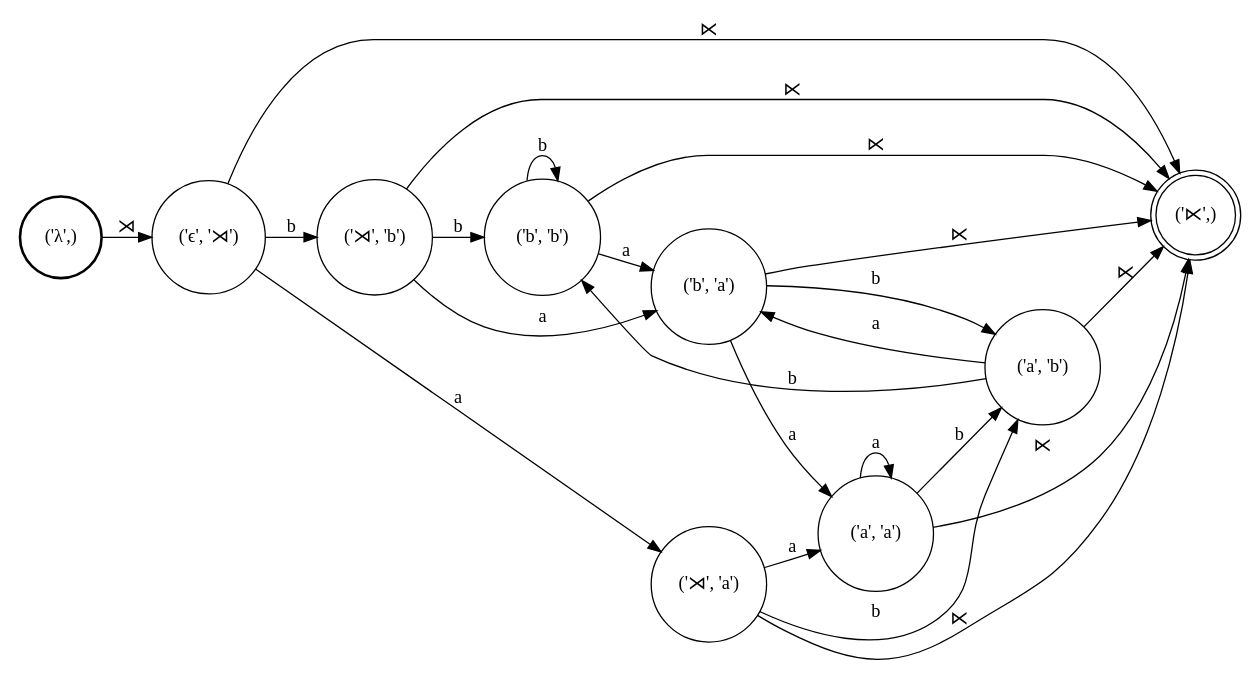
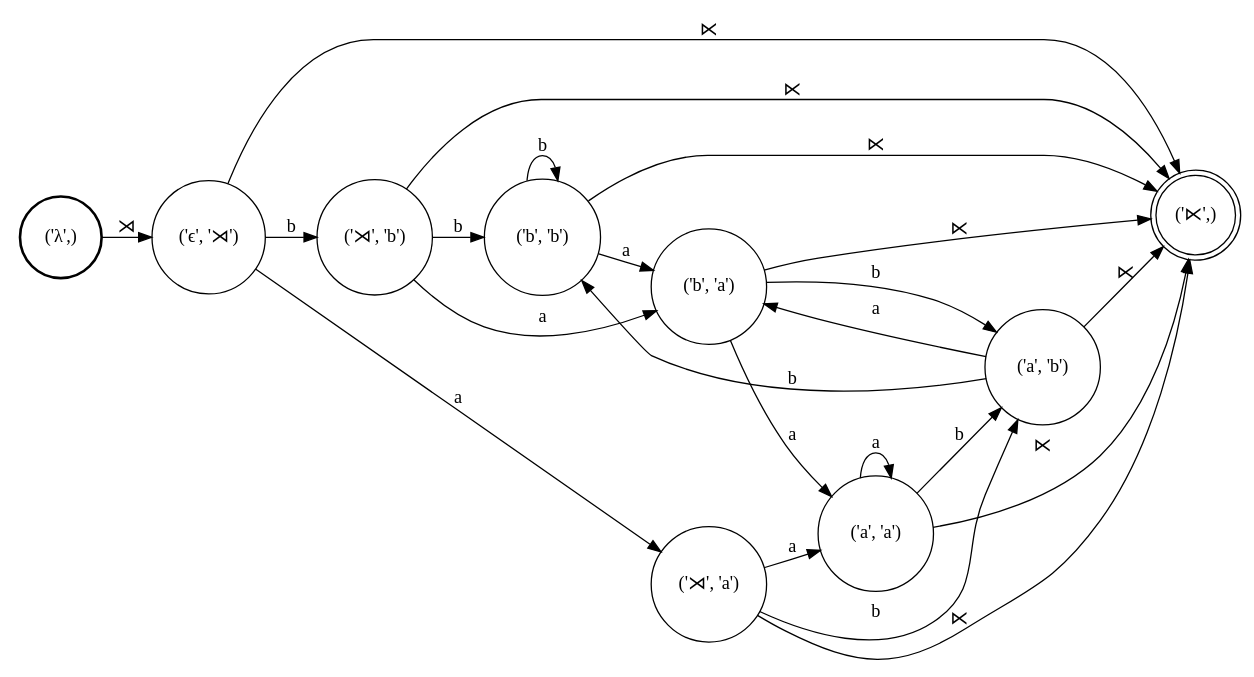
The diagram in demo/L.dot (colincwilson/wynini), drawn with Graphviz before and after one commit. The commit also changed 7 other files, not shown here.

```diff
--- a/demo/L.dot
+++ b/demo/L.dot
@@ -1,39 +1,39 @@
 digraph FST {
 rankdir = LR;
 size = "8.5,11";
 center = 1;
 orientation = Portrait;
 ranksep = "0.4";
 nodesep = "0.25";
 0 [label = "('λ',)", shape = circle, style = bold, fontsize = 14]
 	0 -> 1 [label = "⋊", fontsize = 14];
 1 [label = "('ϵ', '⋊')", shape = circle, style = solid, fontsize = 14]
 	1 -> 2 [label = "b", fontsize = 14];
 	1 -> 3 [label = "a", fontsize = 14];
 	1 -> 8 [label = "⋉", fontsize = 14];
 2 [label = "('⋊', 'b')", shape = circle, style = solid, fontsize = 14]
-	2 -> 4 [label = "b", fontsize = 14];
-	2 -> 5 [label = "a", fontsize = 14];
+	2 -> 6 [label = "b", fontsize = 14];
+	2 -> 7 [label = "a", fontsize = 14];
 	2 -> 8 [label = "⋉", fontsize = 14];
 3 [label = "('⋊', 'a')", shape = circle, style = solid, fontsize = 14]
-	3 -> 6 [label = "b", fontsize = 14];
-	3 -> 7 [label = "a", fontsize = 14];
+	3 -> 4 [label = "b", fontsize = 14];
+	3 -> 5 [label = "a", fontsize = 14];
 	3 -> 8 [label = "⋉", fontsize = 14];
-4 [label = "('b', 'b')", shape = circle, style = solid, fontsize = 14]
-	4 -> 4 [label = "b", fontsize = 14];
-	4 -> 5 [label = "a", fontsize = 14];
+4 [label = "('a', 'b')", shape = circle, style = solid, fontsize = 14]
+	4 -> 6 [label = "b", fontsize = 14];
+	4 -> 7 [label = "a", fontsize = 14];
 	4 -> 8 [label = "⋉", fontsize = 14];
-5 [label = "('b', 'a')", shape = circle, style = solid, fontsize = 14]
-	5 -> 6 [label = "b", fontsize = 14];
-	5 -> 7 [label = "a", fontsize = 14];
+5 [label = "('a', 'a')", shape = circle, style = solid, fontsize = 14]
+	5 -> 4 [label = "b", fontsize = 14];
+	5 -> 5 [label = "a", fontsize = 14];
 	5 -> 8 [label = "⋉", fontsize = 14];
-6 [label = "('a', 'b')", shape = circle, style = solid, fontsize = 14]
-	6 -> 4 [label = "b", fontsize = 14];
-	6 -> 5 [label = "a", fontsize = 14];
+6 [label = "('b', 'b')", shape = circle, style = solid, fontsize = 14]
+	6 -> 6 [label = "b", fontsize = 14];
+	6 -> 7 [label = "a", fontsize = 14];
 	6 -> 8 [label = "⋉", fontsize = 14];
-7 [label = "('a', 'a')", shape = circle, style = solid, fontsize = 14]
-	7 -> 6 [label = "b", fontsize = 14];
-	7 -> 7 [label = "a", fontsize = 14];
+7 [label = "('b', 'a')", shape = circle, style = solid, fontsize = 14]
+	7 -> 4 [label = "b", fontsize = 14];
+	7 -> 5 [label = "a", fontsize = 14];
 	7 -> 8 [label = "⋉", fontsize = 14];
 8 [label = "('⋉',)", shape = doublecircle, style = solid, fontsize = 14]
 }
```
